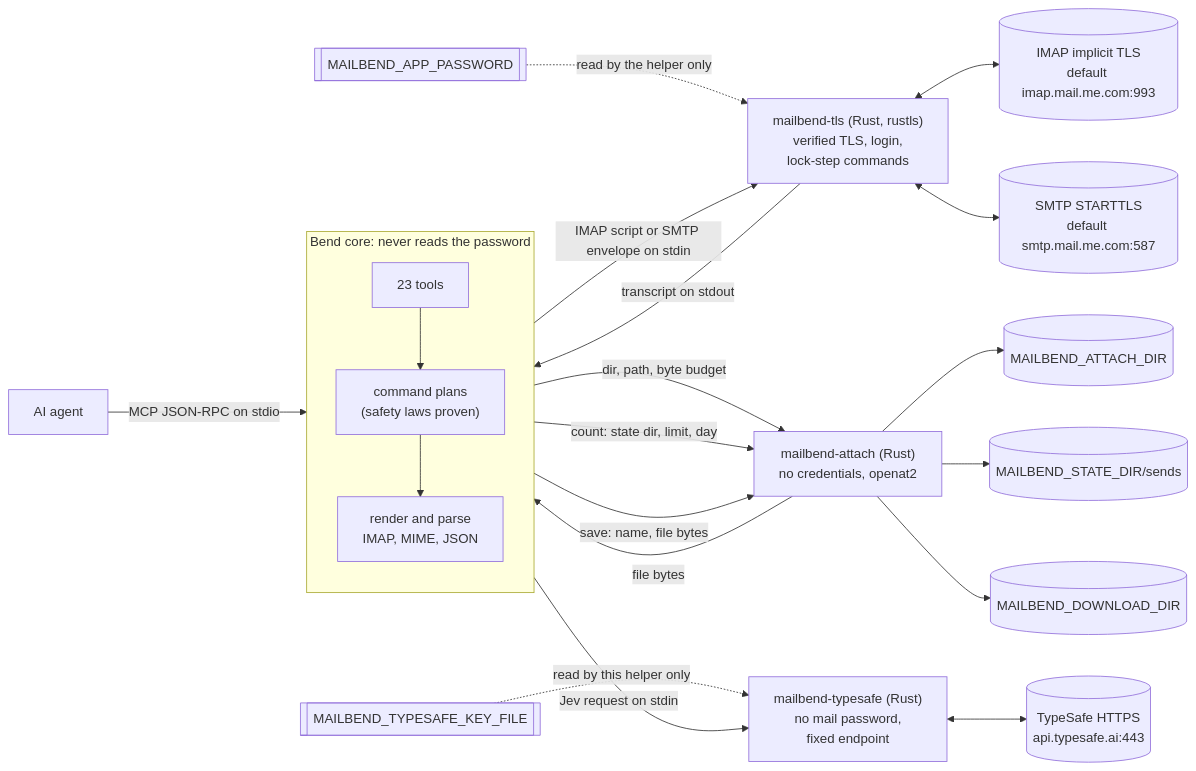
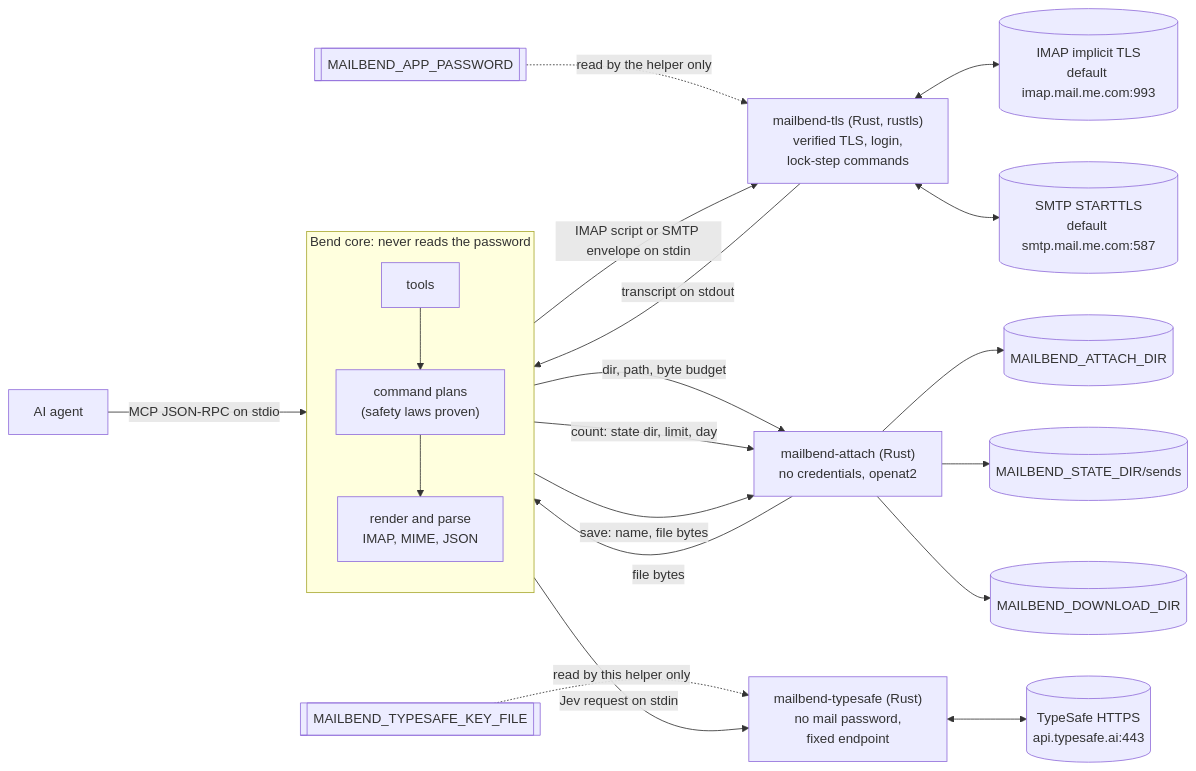
The diagram in README.md (albertc71/MailBend), drawn with Mermaid before and after one commit. The commit also changed other lines of this file and 15 other files, not shown here.

````diff
--- a/README.md
+++ b/README.md
@@ -503,24 +383,24 @@
 ```mermaid
 flowchart LR
   agent["AI agent"] -- "MCP JSON-RPC on stdio" --> core
   subgraph core["Bend core: never reads the password"]
     direction TB
-    tools["23 tools"] --> plans["command plans<br/>(safety laws proven)"]
+    tools["tools"] --> plans["command plans<br/>(safety laws proven)"]
     plans --> parse["render and parse<br/>IMAP, MIME, JSON"]
   end
   core -- "IMAP script or SMTP envelope on stdin" --> helper["mailbend-tls (Rust, rustls)<br/>verified TLS, login,<br/>lock-step commands"]
   helper -- "transcript on stdout" --> core
   helper <--> imap[("IMAP implicit TLS<br/>default imap.mail.me.com:993")]
   helper <--> smtp[("SMTP STARTTLS<br/>default smtp.mail.me.com:587")]
   secrets[["MAILBEND_APP_PASSWORD"]] -. "read by the helper only" .-> helper
   core -- "dir, path, byte budget" --> reader["mailbend-attach (Rust)<br/>no credentials, openat2"]
   reader -- "file bytes" --> core
   reader --> files[("MAILBEND_ATTACH_DIR")]
   core -- "count: state dir, limit, day" --> reader
   reader --> sends[("MAILBEND_STATE_DIR/sends")]
   core -- "save: name, file bytes" --> reader
   reader --> downloads[("MAILBEND_DOWNLOAD_DIR")]
   core -- "Jev request on stdin" --> jev["mailbend-typesafe (Rust)<br/>no mail password,<br/>fixed endpoint"]
   jev <--> typesafe[("TypeSafe HTTPS<br/>api.typesafe.ai:443")]
   key[["MAILBEND_TYPESAFE_KEY_FILE"]] -. "read by this helper only" .-> jev
 ```
````
